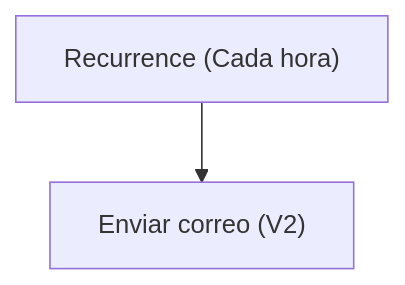
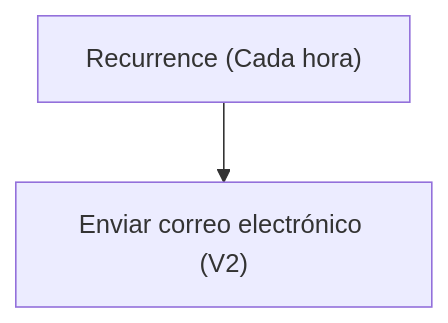
One commit to DeltaSoul/bizz-summit-2026-alm-ai-demo changed the second of 2 diagrams in src/solutions/TestSolution1/TECHNICAL_SPEC.md. Above: the diagram before and after it, drawn with Mermaid. The commit also changed other lines of this file, not shown here.

````diff
--- a/src/solutions/TestSolution1/TECHNICAL_SPEC.md
+++ b/src/solutions/TestSolution1/TECHNICAL_SPEC.md
@@ -64,4 +54,4 @@
 ```mermaid
 flowchart TD
-    A["Recurrence (Cada hora)"] --> B["Enviar correo (V2)"]
+  A["Recurrence (Cada hora)"] --> B["Enviar correo electrónico (V2)"]
 ```
````
